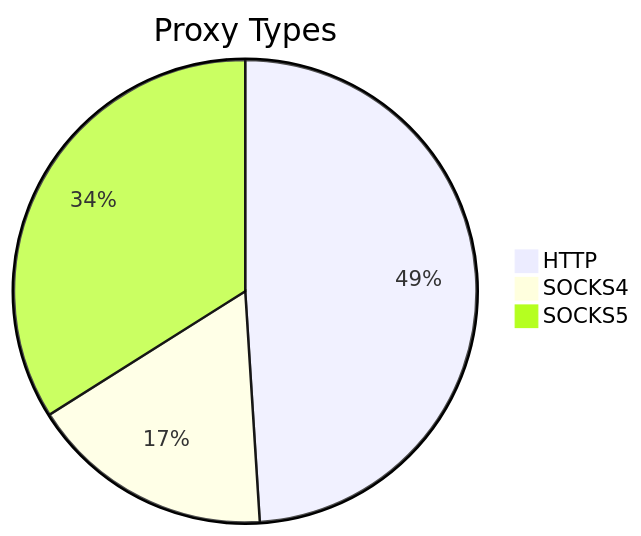
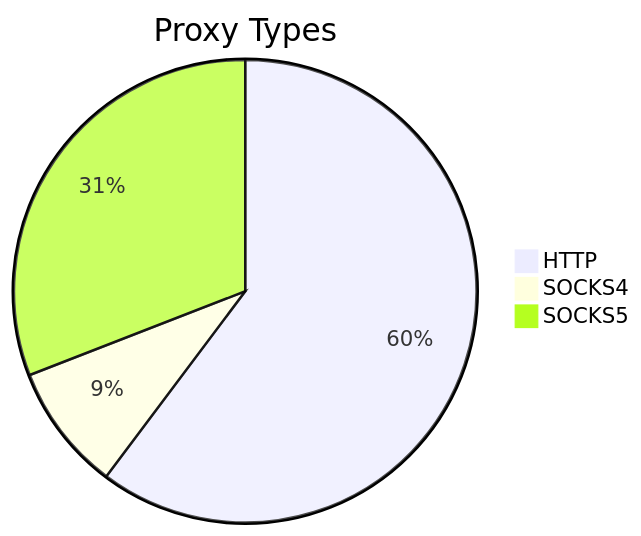
The first of 2 diagrams in README.md (stormsia/proxy-list), drawn with Mermaid before and after one commit. The commit also changed other lines of this file, not shown here.

````diff
--- a/README.md
+++ b/README.md
@@ -21,6 +21,6 @@
 ```mermaid
 pie title Proxy Types
-    "HTTP" : 342
-    "SOCKS4" : 119
-    "SOCKS5" : 237
+    "HTTP" : 388
+    "SOCKS4" : 57
+    "SOCKS5" : 199
 ```
````
